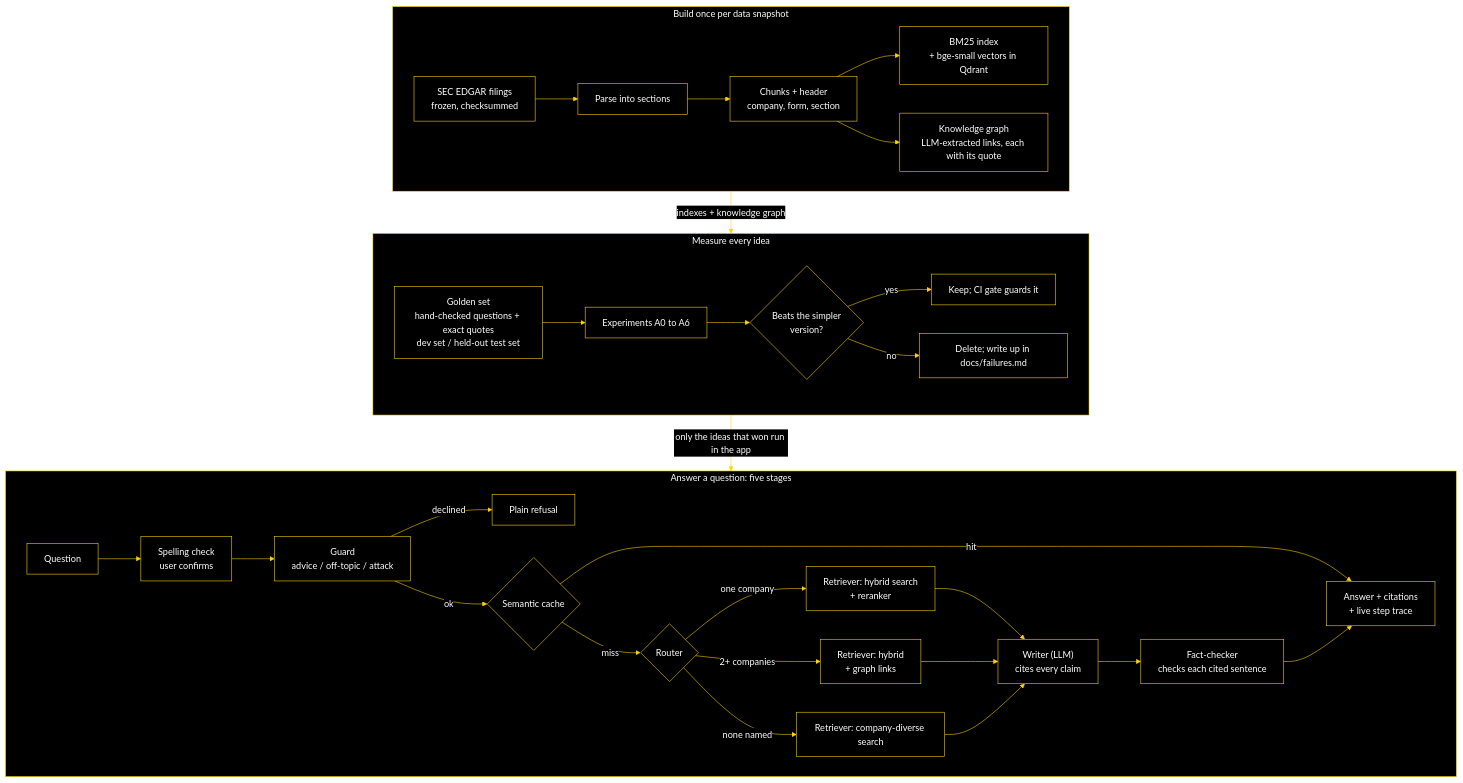
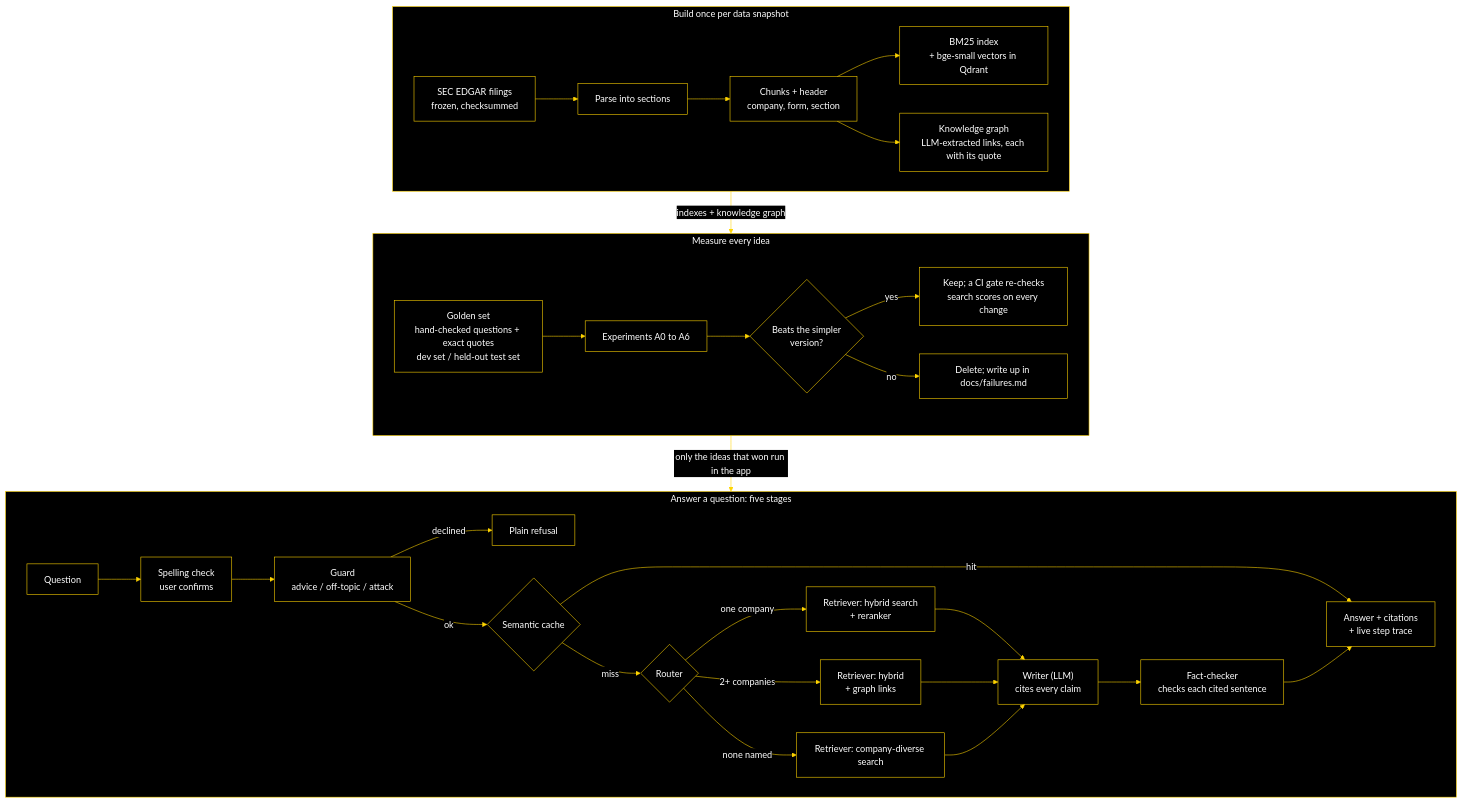
One commit to ATHARVA-87/kHop changed the diagram in README.md. Above: the diagram before and after it, drawn with Mermaid. The commit also changed other lines of this file and 1 other file, not shown here.

````diff
--- a/README.md
+++ b/README.md
@@ -22,35 +22,35 @@
 ```mermaid
 %%{init: {"theme": "base", "themeVariables": {"primaryColor": "#000000", "mainBkg": "#000000", "primaryTextColor": "#FFFFFF", "nodeTextColor": "#FFFFFF", "textColor": "#FFFFFF", "primaryBorderColor": "#FFD400", "nodeBorder": "#FFD400", "secondaryColor": "#000000", "tertiaryColor": "#000000", "lineColor": "#FFD400", "clusterBkg": "#000000", "clusterBorder": "#FFD400", "titleColor": "#FFFFFF", "edgeLabelBackground": "#000000", "actorBkg": "#000000", "actorBorder": "#FFD400", "actorTextColor": "#FFFFFF", "actorLineColor": "#FFD400", "signalColor": "#FFD400", "signalTextColor": "#FFFFFF", "noteBkgColor": "#000000", "noteTextColor": "#FFFFFF", "noteBorderColor": "#FFD400", "labelBoxBkgColor": "#000000", "labelBoxBorderColor": "#FFD400", "labelTextColor": "#FFFFFF", "loopTextColor": "#FFFFFF"}}}%%
 flowchart TB
     subgraph BUILD["Build once per data snapshot"]
         direction LR
         E["SEC EDGAR filings<br/>frozen, checksummed"] --> P["Parse into sections"]
         P --> CH["Chunks + header<br/>company, form, section"]
         CH --> IX["BM25 index<br/>+ bge-small vectors in Qdrant"]
         CH --> KG["Knowledge graph<br/>LLM-extracted links, each with its quote"]
     end
     subgraph EVAL["Measure every idea"]
         direction LR
         GS["Golden set<br/>hand-checked questions + exact quotes<br/>dev set / held-out test set"] --> EX["Experiments A0 to A6"]
         EX --> K{"Beats the simpler<br/>version?"}
-        K -- "yes" --> KEEP["Keep; CI gate guards it"]
+        K -- "yes" --> KEEP["Keep; a CI gate re-checks<br/>search scores on every change"]
         K -- "no" --> DROP["Delete; write up in docs/failures.md"]
     end
     subgraph ASK["Answer a question: five stages"]
         direction LR
         Q["Question"] --> S["Spelling check<br/>user confirms"]
         S --> G["Guard<br/>advice / off-topic / attack"]
         G -- "declined" --> REF["Plain refusal"]
         G -- "ok" --> C{"Semantic cache"}
         C -- "hit" --> A["Answer + citations<br/>+ live step trace"]
         C -- "miss" --> R{"Router"}
         R -- "one company" --> L["Retriever: hybrid search<br/>+ reranker"]
         R -- "2+ companies" --> M["Retriever: hybrid<br/>+ graph links"]
         R -- "none named" --> W["Retriever: company-diverse search"]
         L & M & W --> Wr["Writer (LLM)<br/>cites every claim"]
         Wr --> V["Fact-checker<br/>checks each cited sentence"]
         V --> A
     end
     BUILD -->|"indexes + knowledge graph"| EVAL
     EVAL -->|"only the ideas that won run in the app"| ASK
 ```
````
